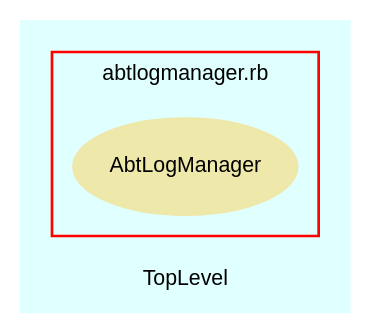
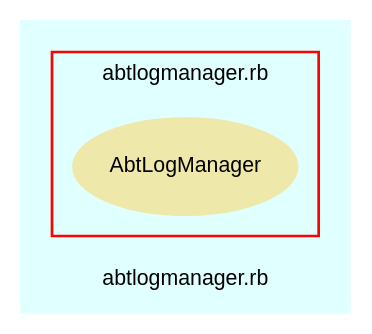
The diagram in src/trunk/doc/dot/f_2.dot (eschabell/abtlinux), drawn with Graphviz before and after one commit. The commit also changed 68 other files, not shown here.

```diff
--- a/src/trunk/doc/dot/f_2.dot
+++ b/src/trunk/doc/dot/f_2.dot
@@ -1,28 +1,28 @@
 digraph TopLevel {
     compound = true
     bgcolor = lightcyan1
     fontname = Arial
     fontsize = 8
-    label = "TopLevel"
+    label = "abtlogmanager.rb"
     node [
         fontname = Arial,
         fontsize = 8,
         color = black
     ]
 
     subgraph cluster_3 {
         fontname = Arial
         color = red
         label = "abtlogmanager.rb"
         AbtLogManager [
             fontcolor = black,
             URL = "classes/AbtLogManager.html",
             shape = ellipse,
             color = palegoldenrod,
             style = filled,
             label = "AbtLogManager"
         ]
 
     }
 
 }
```
